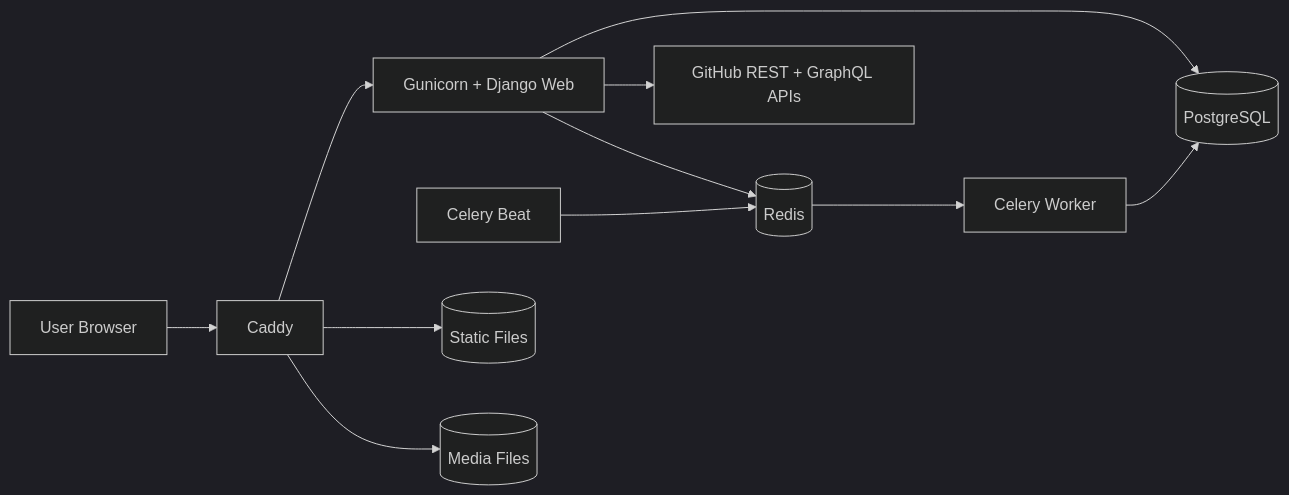
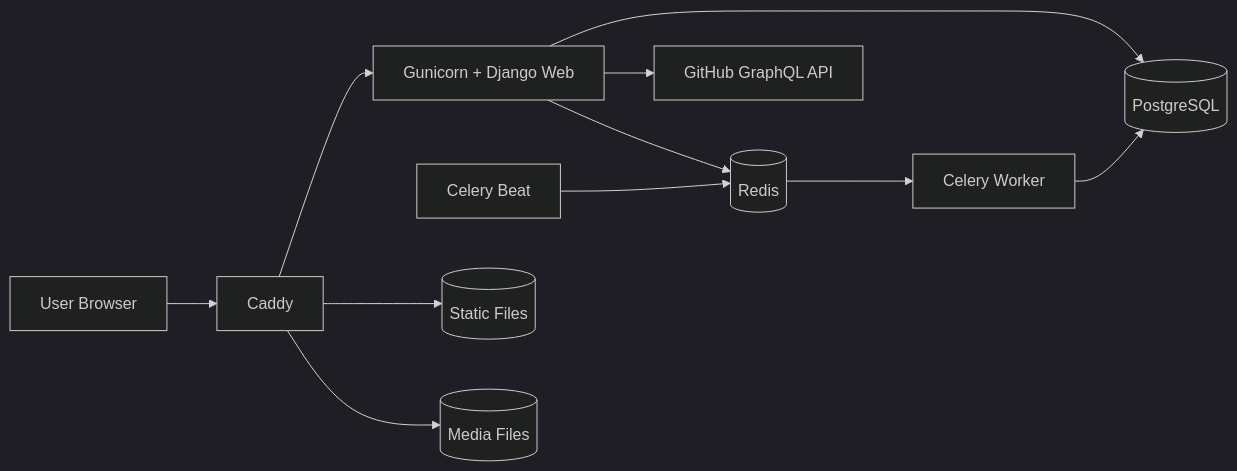
Before and after one commit to stokuj/my-django-portfolio: the first of 4 diagrams in docs/architecture.md, drawn with Mermaid (dark theme). The commit also changed other lines of this file and 6 other files, not shown here.

Commit message:
refactor: fetch heatmap login and days with one GraphQL viewer query (F-023)

````diff
--- a/docs/architecture.md
+++ b/docs/architecture.md
@@ -19,13 +19,13 @@
 ```mermaid
 flowchart LR
     U[User Browser] --> C[Caddy]
     C --> W[Gunicorn + Django Web]
     W --> P[(PostgreSQL)]
     W --> R[(Redis)]
     R --> WK[Celery Worker]
     B[Celery Beat] --> R
     WK --> P
-    W --> G[GitHub REST + GraphQL APIs]
+    W --> G[GitHub GraphQL API]
     C --> S[(Static Files)]
     C --> M[(Media Files)]
 ```
````
